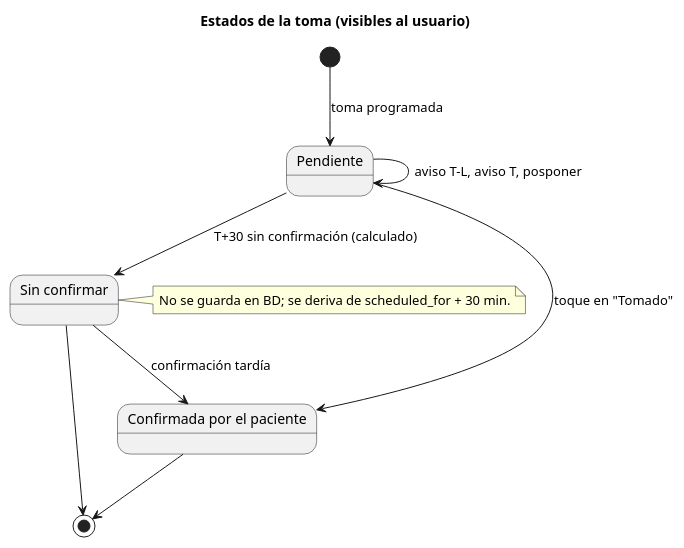
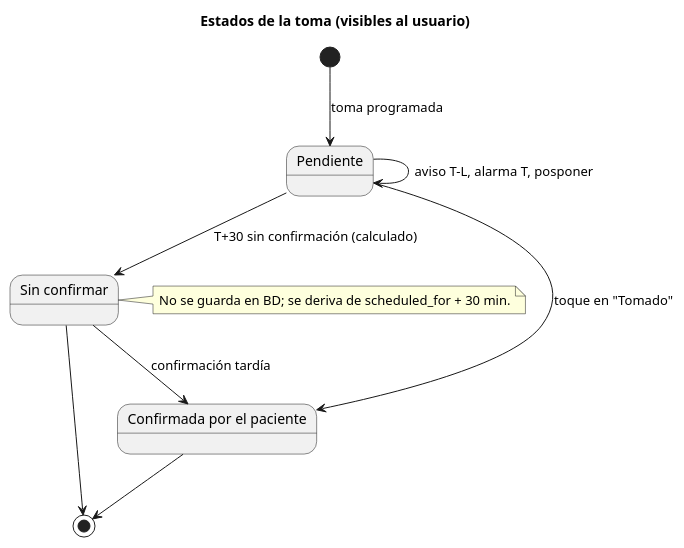
The diagram in docs/diagramas/09_estados_toma.puml (AlfonsoRE/CuidaDosis), drawn with PlantUML before and after one commit. The commit also changed 9 other files, not shown here.

```diff
--- a/docs/diagramas/09_estados_toma.puml
+++ b/docs/diagramas/09_estados_toma.puml
@@ -1,13 +1,13 @@
 @startuml
 title Estados de la toma (visibles al usuario)
 [*] --> Pendiente : toma programada
-Pendiente --> Pendiente : aviso T-L, aviso T, posponer
+Pendiente --> Pendiente : aviso T-L, alarma T, posponer
 Pendiente --> ConfirmadaPorElPaciente : toque en "Tomado"
 Pendiente --> SinConfirmar : T+30 sin confirmación (calculado)
 SinConfirmar --> ConfirmadaPorElPaciente : confirmación tardía
 ConfirmadaPorElPaciente --> [*]
 SinConfirmar --> [*]
 state "Confirmada por el paciente" as ConfirmadaPorElPaciente
 state "Sin confirmar" as SinConfirmar
 note right of SinConfirmar : No se guarda en BD; se deriva de scheduled_for + 30 min.
 @enduml
```
